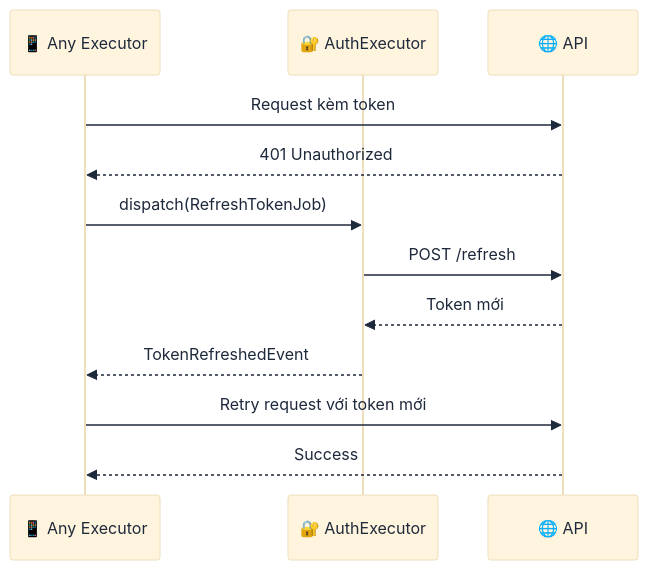
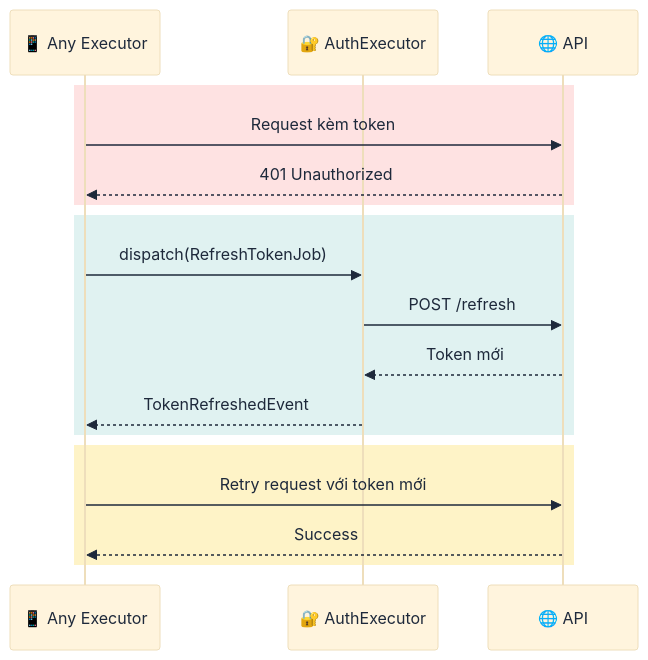
One commit to lploc94/flutter_orchestrator changed diagram 11 of 12 in book/vi/chapters/06_case_study.md. Above: the diagram before and after it, drawn with Mermaid. The commit also changed other lines of this file and 5 other files, not shown here.

First line of the commit message:
docs(book): finalize beautification of all Mermaid diagrams

````diff
--- a/book/vi/chapters/06_case_study.md
+++ b/book/vi/chapters/06_case_study.md
@@ -360,18 +374,24 @@
 ```mermaid
 %%{init: {'theme': 'base', 'themeVariables': { 'primaryTextColor': '#1e293b', 'noteTextColor': '#1e293b', 'actorTextColor': '#1e293b' }}}%%
 sequenceDiagram
     participant Any as 📱 Any Executor
     participant Auth as 🔐 AuthExecutor
     participant API as 🌐 API
     
-    Any->>API: Request kèm token
-    API-->>Any: 401 Unauthorized
+    rect rgb(254, 226, 226)
+        Any->>API: Request kèm token
+        API-->>Any: 401 Unauthorized
+    end
     
-    Any->>Auth: dispatch(RefreshTokenJob)
-    Auth->>API: POST /refresh
-    API-->>Auth: Token mới
-    Auth-->>Any: TokenRefreshedEvent
+    rect rgb(224, 242, 241)
+        Any->>Auth: dispatch(RefreshTokenJob)
+        Auth->>API: POST /refresh
+        API-->>Auth: Token mới
+        Auth-->>Any: TokenRefreshedEvent
+    end
     
-    Any->>API: Retry request với token mới
-    API-->>Any: Success
+    rect rgb(254, 243, 199)
+        Any->>API: Retry request với token mới
+        API-->>Any: Success
+    end
 ```
````
